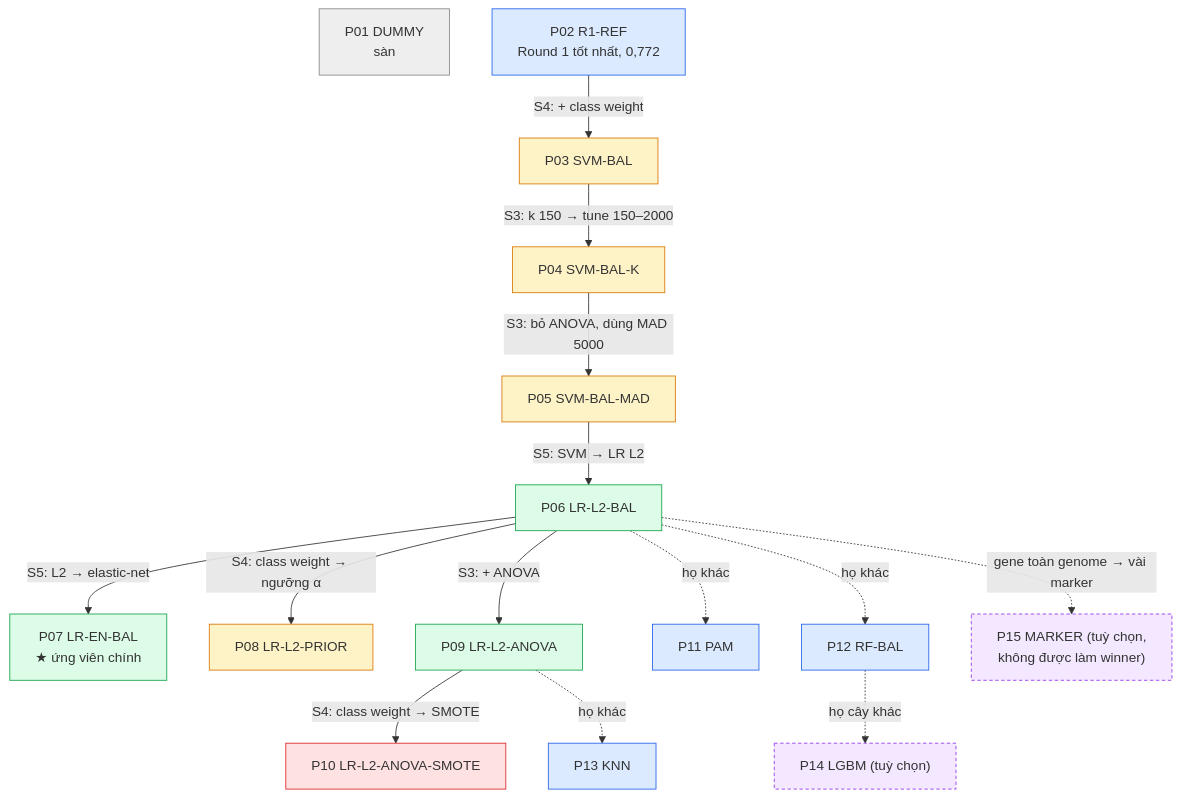
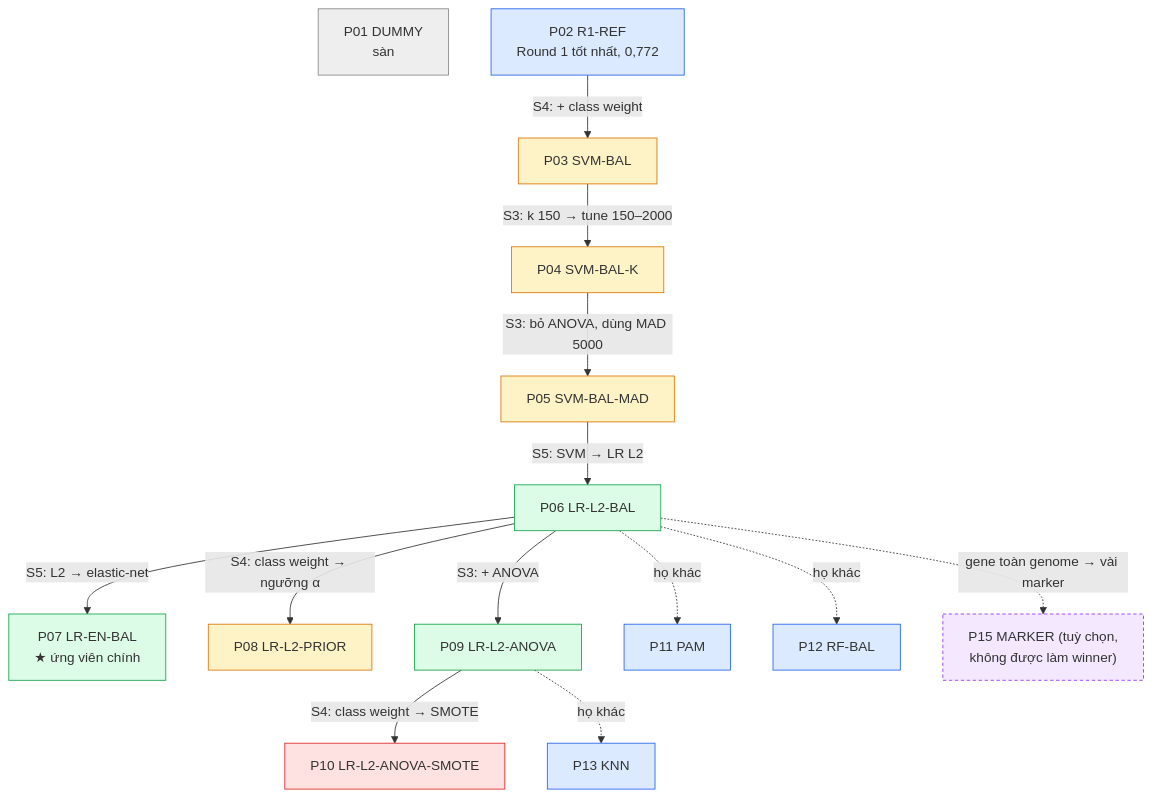
The sixth of 12 diagrams in docs/protocol_3.0_proposal.md (nhdung98/ProjectA), drawn with Mermaid before and after one commit. The commit also changed other lines of this file and 2 other files, not shown here.

Commit message:
docs: update protocol 3.0 proposal and add mock results and nested CV diagram

````diff
--- a/docs/protocol_3.0_proposal.md
+++ b/docs/protocol_3.0_proposal.md
@@ -192,46 +191,44 @@
 ```mermaid
 flowchart TD
   P01["P01 DUMMY<br/>sàn"]
   P02["P02 R1-REF<br/>Round 1 tốt nhất, 0,772"]
   P03["P03 SVM-BAL"]
   P04["P04 SVM-BAL-K"]
   P05["P05 SVM-BAL-MAD"]
   P06["P06 LR-L2-BAL"]
   P07["P07 LR-EN-BAL<br/>★ ứng viên chính"]
   P08["P08 LR-L2-PRIOR"]
   P09["P09 LR-L2-ANOVA"]
   P10["P10 LR-L2-ANOVA-SMOTE"]
   P11["P11 PAM"]
   P12["P12 RF-BAL"]
   P13["P13 KNN"]
-  P14["P14 LGBM (tuỳ chọn)"]
   P15["P15 MARKER (tuỳ chọn,<br/>không được làm winner)"]
 
   P02 -->|"S4: + class weight"| P03
   P03 -->|"S3: k 150 → tune 150–2000"| P04
   P04 -->|"S3: bỏ ANOVA, dùng MAD 5000"| P05
   P05 -->|"S5: SVM → LR L2"| P06
   P06 -->|"S5: L2 → elastic-net"| P07
   P06 -->|"S4: class weight → ngưỡng α"| P08
   P06 -->|"S3: + ANOVA"| P09
   P09 -->|"S4: class weight → SMOTE"| P10
   P06 -.->|"họ khác"| P11
   P06 -.->|"họ khác"| P12
   P06 -.->|"gene toàn genome → vài marker"| P15
   P09 -.->|"họ khác"| P13
-  P12 -.->|"họ cây khác"| P14
 
   classDef floor fill:#eeeeee,stroke:#888
   classDef ref fill:#dbeafe,stroke:#2563eb
   classDef abl fill:#fef3c7,stroke:#d97706
   classDef cand fill:#dcfce7,stroke:#16a34a
   classDef neg fill:#fee2e2,stroke:#dc2626
   classDef opt fill:#f3e8ff,stroke:#9333ea,stroke-dasharray: 4 3
   class P01 floor
   class P02 ref
   class P03,P04,P05,P08 abl
   class P06,P07,P09 cand
   class P10 neg
   class P11,P12,P13 ref
-  class P14,P15 opt
+  class P15 opt
 ```
````
